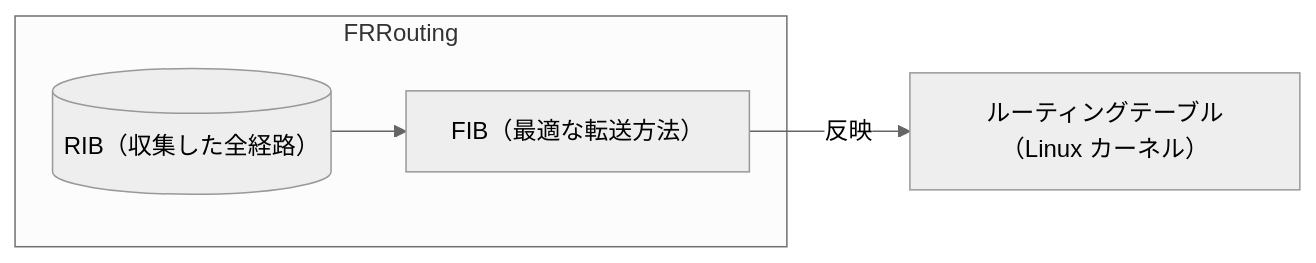
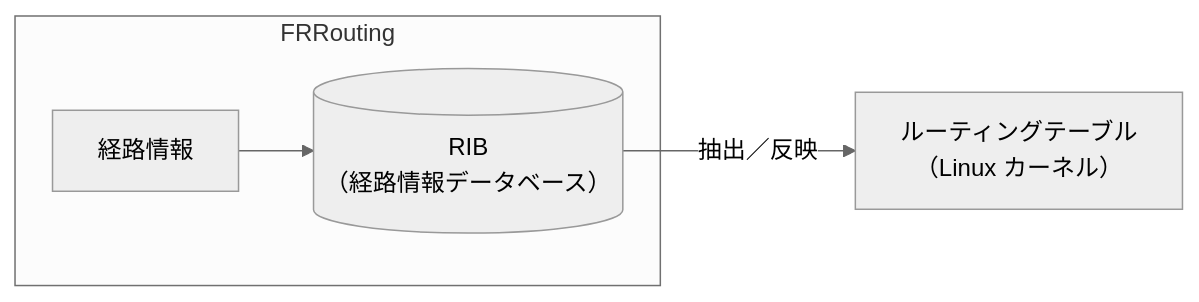
One commit to coolwind0202/seccamp-2026-hokkaido changed the diagram in slide/basic-internet.md. Above: the diagram before and after it, drawn with Mermaid (neutral theme). The commit also changed other lines of this file, not shown here.

Commit message:
slide: RIB 周りの記述を修正

````diff
--- a/slide/basic-internet.md
+++ b/slide/basic-internet.md
@@ -390,9 +390,11 @@
 ```mermaid
 graph LR
 subgraph FRRouting
-RIB@{ shape: database, label: 'RIB（収集した全経路）'}--> FIB[FIB（最適な転送方法）]
+経路情報 --> RIB@{ shape: database, label: "RIB
+（経路情報データベース）"}
 end
 
-FIB --反映--> Linux["
-ルーティングテーブル（Linux カーネル）"]
+RIB --抽出／反映--> Linux["
+ルーティングテーブル
+（Linux カーネル）"]
 ```
````
